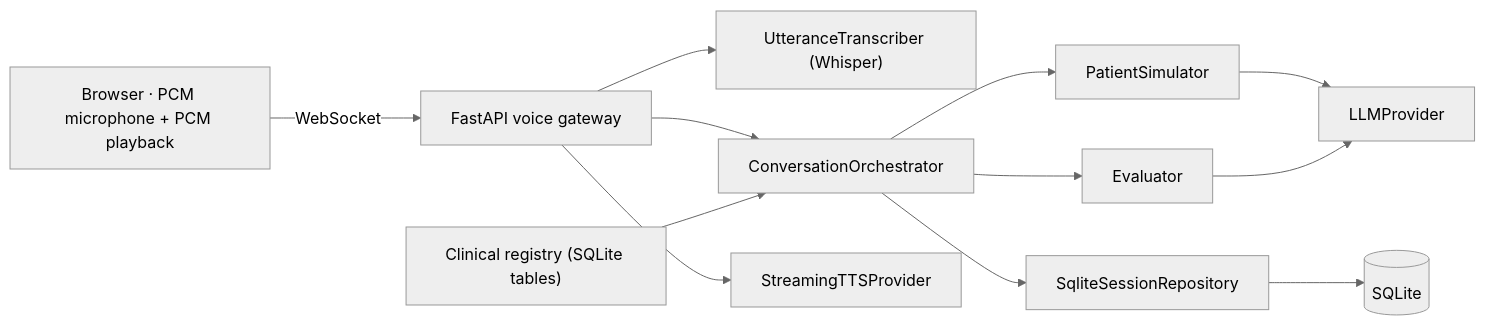
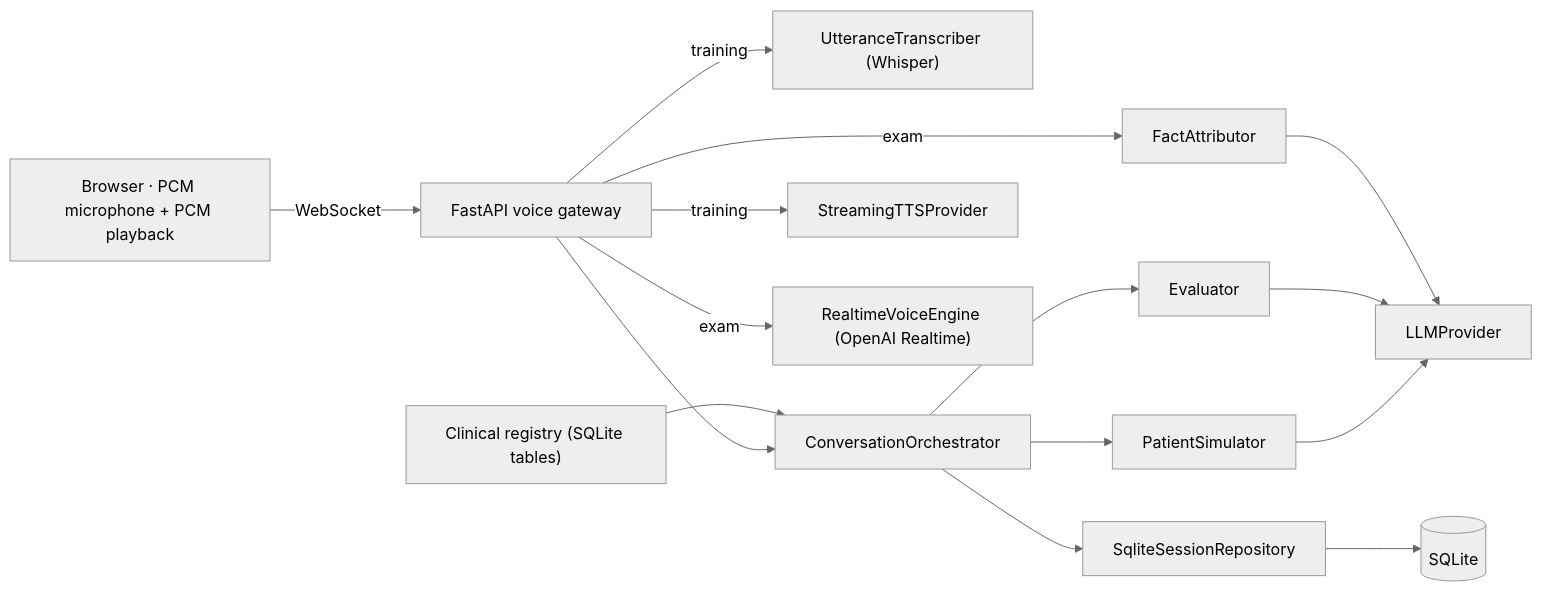
Before and after one commit to lejams/ari: the diagram in README.md, drawn with Mermaid (neutral theme). The commit also changed other lines of this file and 17 other files, not shown here.

First line of the commit message:
Add the open-microphone exam mode on one speech-to-speech model

````diff
--- a/README.md
+++ b/README.md
@@ -63,11 +73,13 @@
 ```mermaid
 flowchart LR
     Browser["Browser · PCM microphone + PCM playback"] -->|"WebSocket"| API["FastAPI voice gateway"]
-    API --> STT["UtteranceTranscriber (Whisper)"]
+    API -->|"training"| STT["UtteranceTranscriber (Whisper)"]
     API --> Orchestrator["ConversationOrchestrator"]
     Orchestrator --> Patient["PatientSimulator"] --> LLM["LLMProvider"]
     Orchestrator --> Evaluator["Evaluator"] --> LLM
-    API --> TTS["StreamingTTSProvider"]
+    API -->|"training"| TTS["StreamingTTSProvider"]
+    API -->|"exam"| STS["RealtimeVoiceEngine (OpenAI Realtime)"]
+    API -->|"exam"| Attributor["FactAttributor"] --> LLM
     Orchestrator --> Repo["SqliteSessionRepository"] --> DB[("SQLite")]
     Registry["Clinical registry (SQLite tables)"] --> Orchestrator
 ```
````
